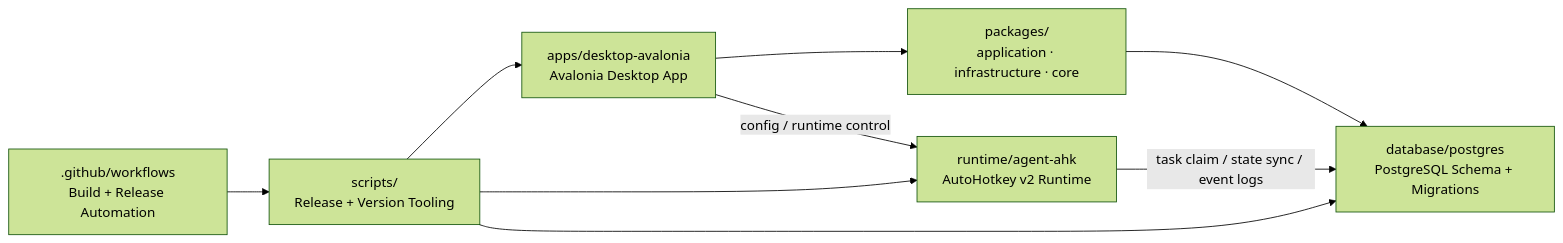
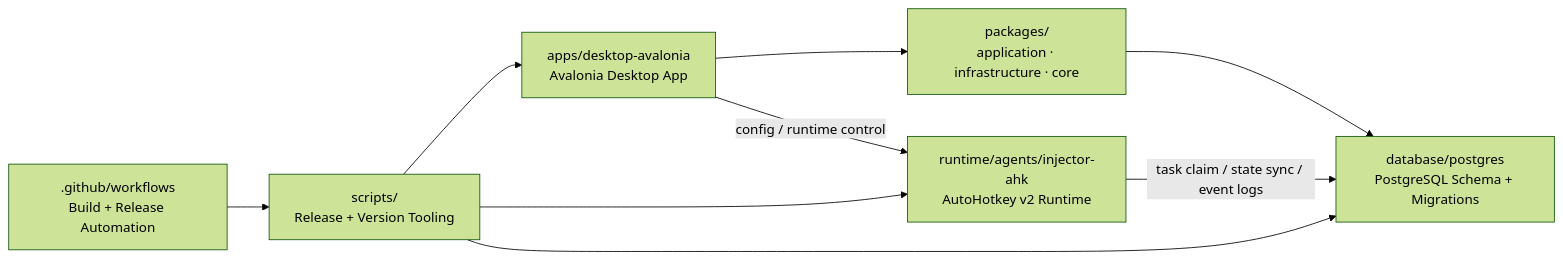
The diagram in README.md (pacmandoh/pactoolkits), drawn with Mermaid (forest theme) before and after one commit. The commit also changed other lines of this file and 93 other files, not shown here.

First line of the commit message:
feat(foundation): manifest v2, multi-agent runtime, and release CI

````diff
--- a/README.md
+++ b/README.md
@@ -115,18 +115,18 @@
 ```mermaid
 flowchart LR
     UI["apps/desktop-avalonia\nAvalonia Desktop App"]
     PKG["packages/\napplication · infrastructure · core"]
-    AGENT["runtime/agent-ahk\nAutoHotkey v2 Runtime"]
+    AGENT["runtime/agents/injector-ahk\nAutoHotkey v2 Runtime"]
     DB["database/postgres\nPostgreSQL Schema + Migrations"]
     SCRIPTS["scripts/\nRelease + Version Tooling"]
     CI[".github/workflows\nBuild + Release Automation"]
 
     UI --> PKG
     UI -->|config / runtime control| AGENT
     AGENT -->|task claim / state sync / event logs| DB
     PKG --> DB
     SCRIPTS --> UI
     SCRIPTS --> AGENT
     SCRIPTS --> DB
     CI --> SCRIPTS
 ```
````
